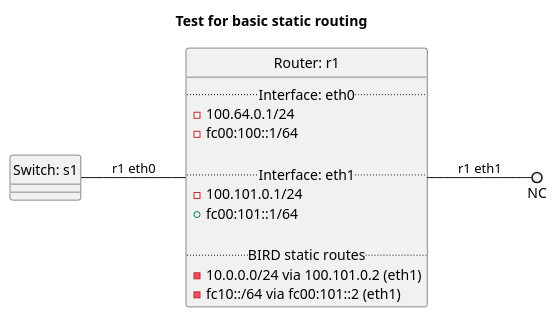
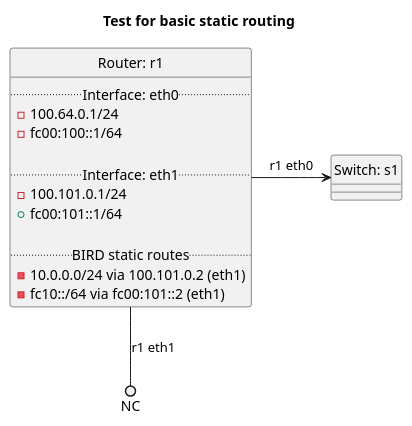
Before and after one commit to oscdev-io/birdplan: the diagram in tests/t10_basic/t10_static/README.md, drawn with PlantUML. The commit also changed other lines of this file and 327 other files, not shown here.

````diff
--- a/tests/t10_basic/t10_static/README.md
+++ b/tests/t10_basic/t10_static/README.md
@@ -13,28 +16,27 @@
 ```plantuml
 @startuml
 hide circle
 title Test for basic static routing
-left to right direction
 
 class "Router: r1" {
   .. Interface: eth0 ..
 - 100.64.0.1/24
 - fc00:100::1/64
 
   .. Interface: eth1 ..
 - 100.101.0.1/24
 + fc00:101::1/64
 
   .. BIRD static routes ..
 - 10.0.0.0/24 via 100.101.0.2 (eth1)
 - fc10::/64 via fc00:101::2 (eth1)
 }
 
 class "Switch: s1" {}
 
-"Switch: s1" -- "Router: r1": r1 eth0
+"Router: r1" -> "Switch: s1": r1 eth0
 "Router: r1" --() NC: r1 eth1
 
 
 @enduml
 ```
````
